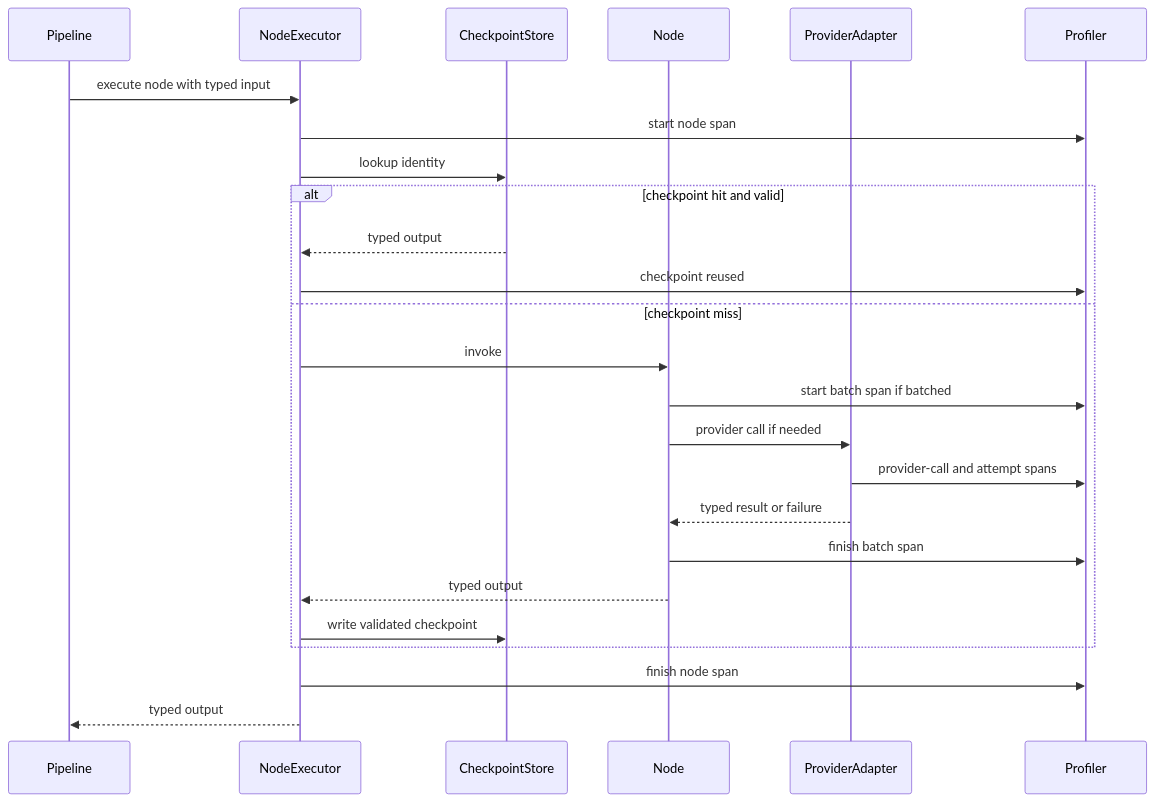
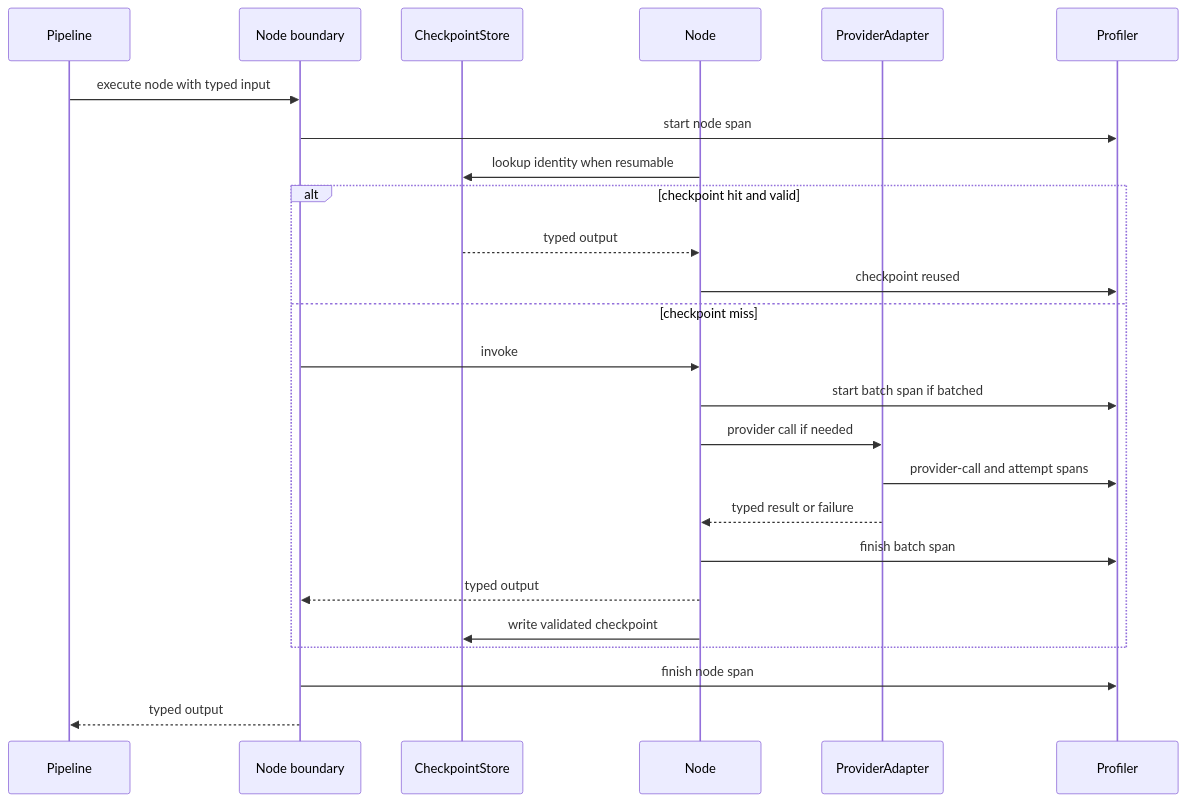
The eighth of 9 diagrams in docs/typed-pipeline-architecture.md (apue/yt2notion), drawn with Mermaid before and after one commit. The commit also changed other lines of this file and 82 other files, not shown here.

First line of the commit message:
Refactor product flows onto typed pipelines (#34)

````diff
--- a/docs/typed-pipeline-architecture.md
+++ b/docs/typed-pipeline-architecture.md
@@ -268,28 +264,28 @@
 ```mermaid
 sequenceDiagram
     participant P as Pipeline
-    participant E as NodeExecutor
+    participant E as Node boundary
     participant C as CheckpointStore
     participant N as Node
     participant A as ProviderAdapter
     participant O as Profiler
 
     P->>E: execute node with typed input
     E->>O: start node span
-    E->>C: lookup identity
+    N->>C: lookup identity when resumable
     alt checkpoint hit and valid
-        C-->>E: typed output
-        E->>O: checkpoint reused
+        C-->>N: typed output
+        N->>O: checkpoint reused
     else checkpoint miss
         E->>N: invoke
         N->>O: start batch span if batched
         N->>A: provider call if needed
         A->>O: provider-call and attempt spans
         A-->>N: typed result or failure
         N->>O: finish batch span
         N-->>E: typed output
-        E->>C: write validated checkpoint
+        N->>C: write validated checkpoint
     end
     E->>O: finish node span
     E-->>P: typed output
 ```
````
